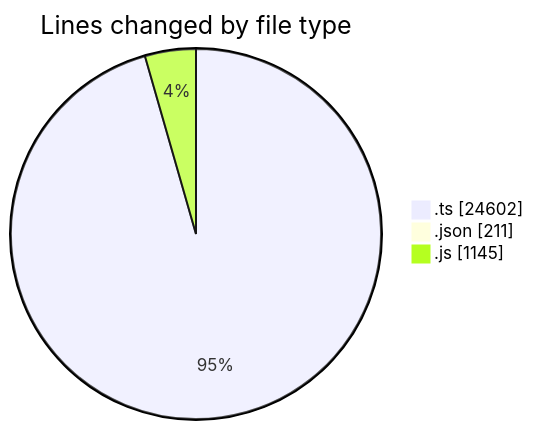
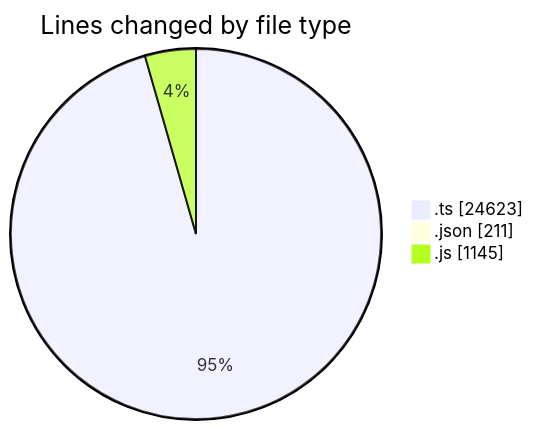
One commit to momahboobian/code-tracking changed the first of 2 diagrams in 2026-11-04/cda/README.md. Above: the diagram before and after it, drawn with Mermaid. The commit also changed other lines of this file and 1 other file, not shown here.

````diff
--- a/2026-11-04/cda/README.md
+++ b/2026-11-04/cda/README.md
@@ -32,7 +32,7 @@
 ```mermaid
 pie showData
 title Lines changed by file type
-".ts" : 24602
+".ts" : 24623
 ".json" : 211
 ".js" : 1145
 ```
````
